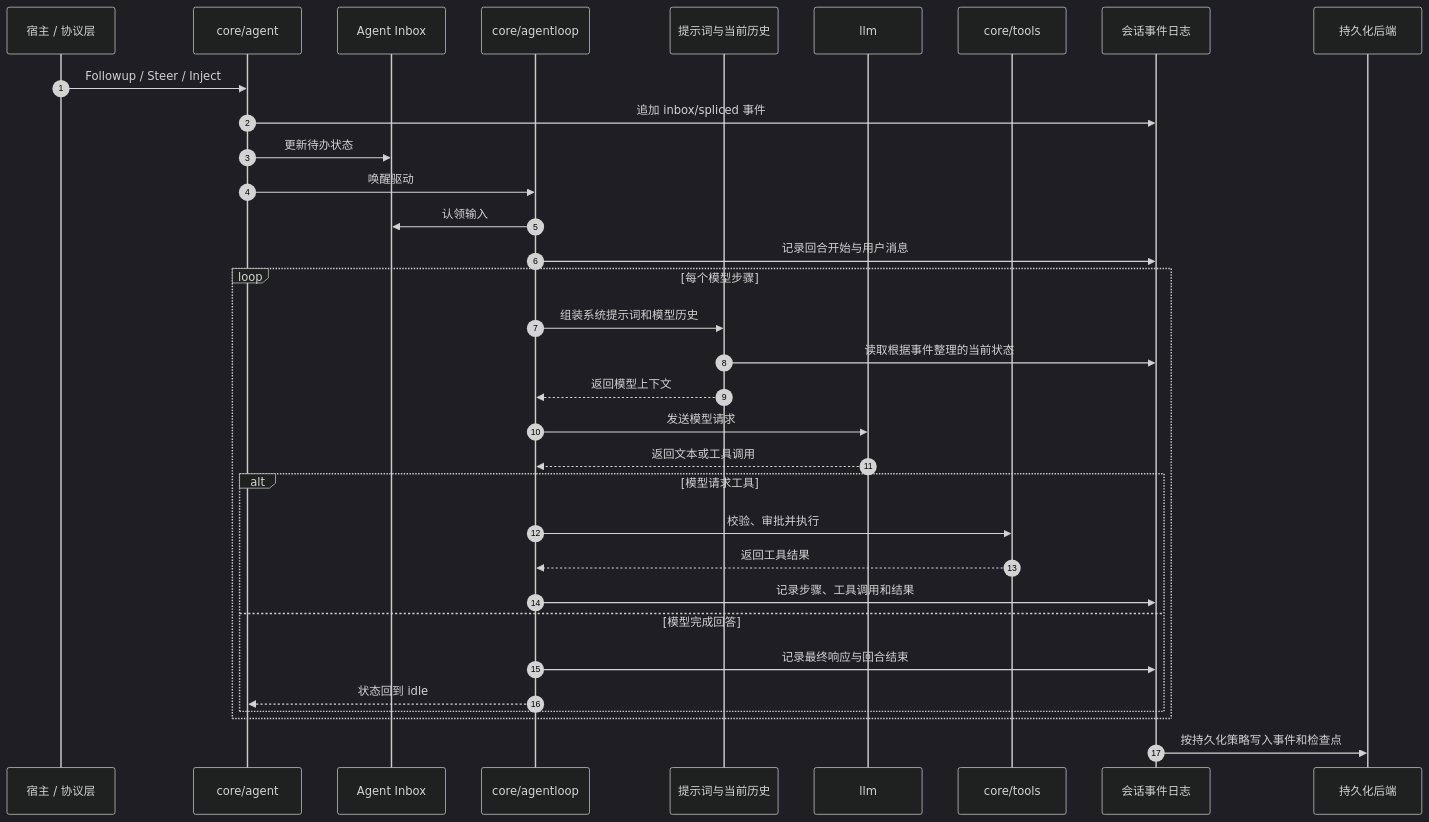
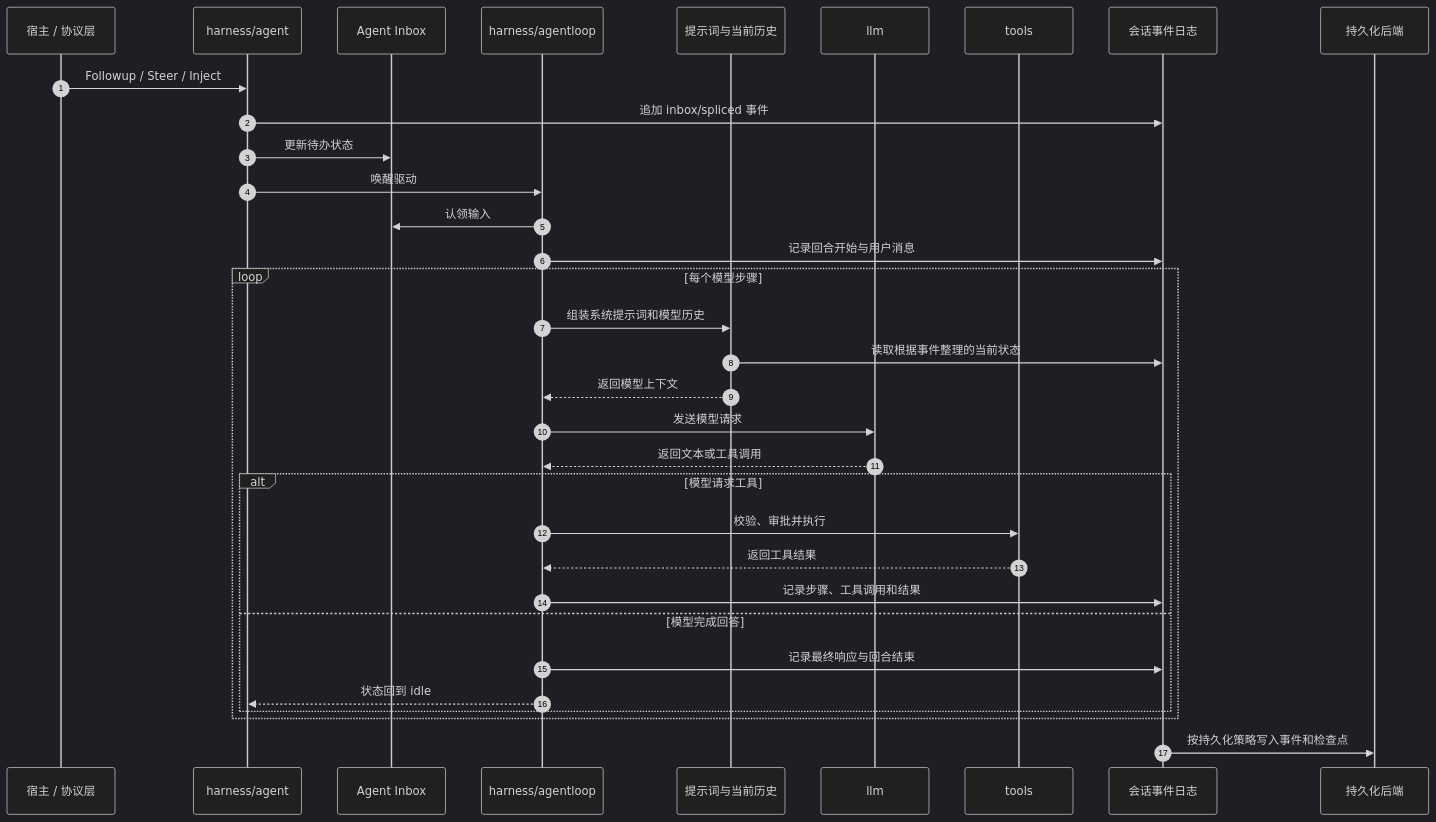
The second of 2 diagrams in README.md (snight1983/ds-harness-go), drawn with Mermaid (dark theme) before and after one commit. The commit also changed other lines of this file and 1281 other files, not shown here.

````diff
--- a/README.md
+++ b/README.md
@@ -105,39 +105,39 @@
 ```mermaid
 sequenceDiagram
     autonumber
     participant Host as 宿主 / 协议层
-    participant Agent as core/agent
+    participant Agent as harness/agent
     participant Inbox as Agent Inbox
-    participant AgentLoop as core/agentloop
+    participant AgentLoop as harness/agentloop
     participant Context as 提示词与当前历史
     participant LLM as llm
-    participant Tools as core/tools
+    participant Tools as tools
     participant Session as 会话事件日志
     participant Persistence as 持久化后端
 
     Host->>Agent: Followup / Steer / Inject
     Agent->>Session: 追加 inbox/spliced 事件
     Agent->>Inbox: 更新待办状态
     Agent->>AgentLoop: 唤醒驱动
     AgentLoop->>Inbox: 认领输入
     AgentLoop->>Session: 记录回合开始与用户消息
 
     loop 每个模型步骤
         AgentLoop->>Context: 组装系统提示词和模型历史
         Context->>Session: 读取根据事件整理的当前状态
         Context-->>AgentLoop: 返回模型上下文
         AgentLoop->>LLM: 发送模型请求
         LLM-->>AgentLoop: 返回文本或工具调用
 
         alt 模型请求工具
             AgentLoop->>Tools: 校验、审批并执行
             Tools-->>AgentLoop: 返回工具结果
             AgentLoop->>Session: 记录步骤、工具调用和结果
         else 模型完成回答
             AgentLoop->>Session: 记录最终响应与回合结束
             AgentLoop-->>Agent: 状态回到 idle
         end
     end
 
     Session->>Persistence: 按持久化策略写入事件和检查点
 ```
````
